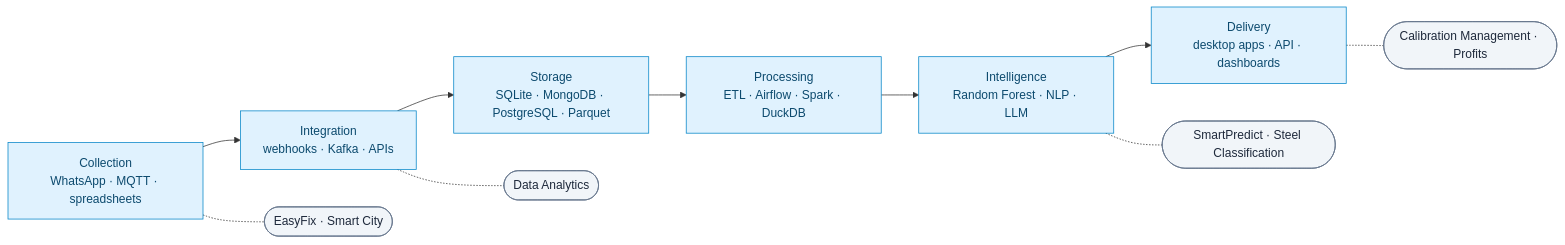
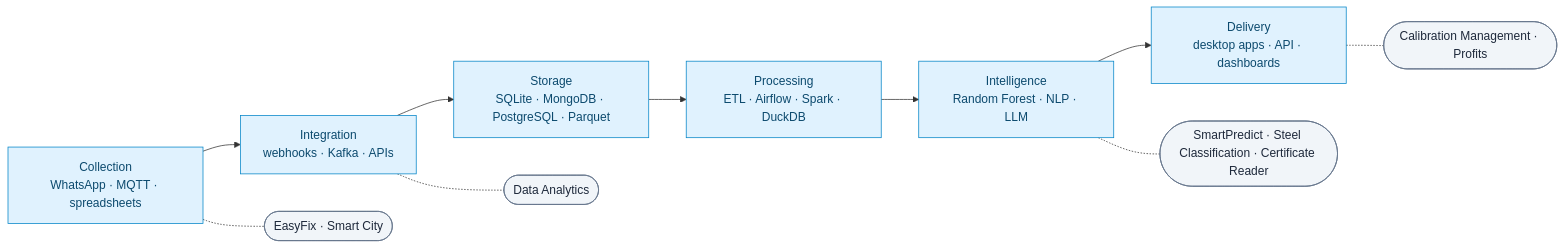
Before and after one commit to jcesarmph-ui/jcesarmph-ui: the first of 2 diagrams in README.md, drawn with Mermaid. The commit also changed other lines of this file and 1 other file, not shown here.

````diff
--- a/README.md
+++ b/README.md
@@ -59,18 +59,18 @@
 ```mermaid
 flowchart LR
     A["Collection<br/>WhatsApp · MQTT · spreadsheets"] --> B["Integration<br/>webhooks · Kafka · APIs"]
     B --> C["Storage<br/>SQLite · MongoDB · PostgreSQL · Parquet"]
     C --> D["Processing<br/>ETL · Airflow · Spark · DuckDB"]
     D --> E["Intelligence<br/>Random Forest · NLP · LLM"]
     E --> F["Delivery<br/>desktop apps · API · dashboards"]
 
     A -.- P1(["EasyFix · Smart City"])
     B -.- P2(["Data Analytics"])
-    E -.- P3(["SmartPredict · Steel Classification"])
+    E -.- P3(["SmartPredict · Steel Classification · Certificate Reader"])
     F -.- P4(["Calibration Management · Profits"])
 
     classDef etapa fill:#E0F2FE,stroke:#0284C7,color:#0C4A6E
     classDef projeto fill:#F1F5F9,stroke:#64748B,color:#1E293B
     class A,B,C,D,E,F etapa
     class P1,P2,P3,P4 projeto
 ```
````
